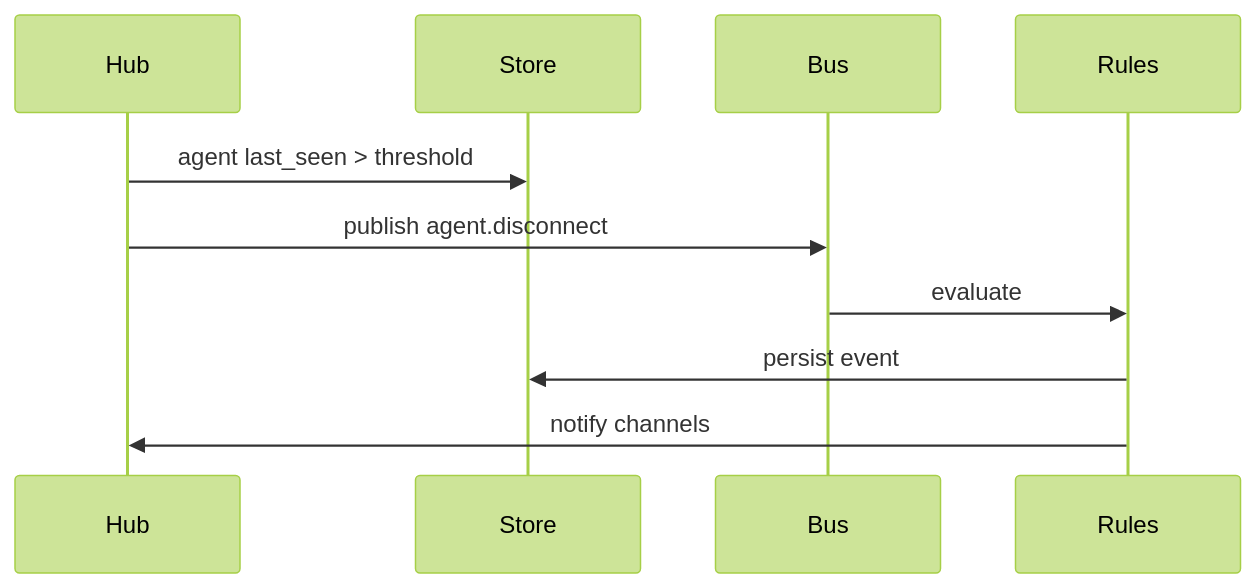
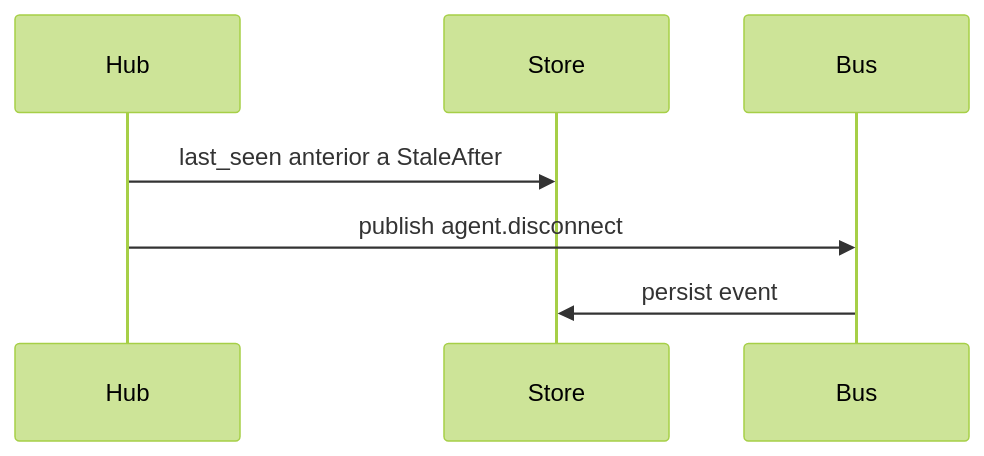
The second of 2 diagrams in docs/flows/agent-connection.md (HarryRaddatz/argus-observability), drawn with Mermaid (forest theme) before and after one commit. The commit also changed other lines of this file and 9 other files, not shown here.

````diff
--- a/docs/flows/agent-connection.md
+++ b/docs/flows/agent-connection.md
@@ -27,13 +27,10 @@
 ```mermaid
 sequenceDiagram
   participant Hub
   participant Store
   participant Bus
-  participant Rules
 
-  Hub->>Store: agent last_seen > threshold
+  Hub->>Store: last_seen anterior a StaleAfter
   Hub->>Bus: publish agent.disconnect
-  Bus->>Rules: evaluate
-  Rules->>Store: persist event
-  Rules->>Hub: notify channels
+  Bus->>Store: persist event
 ```
````
